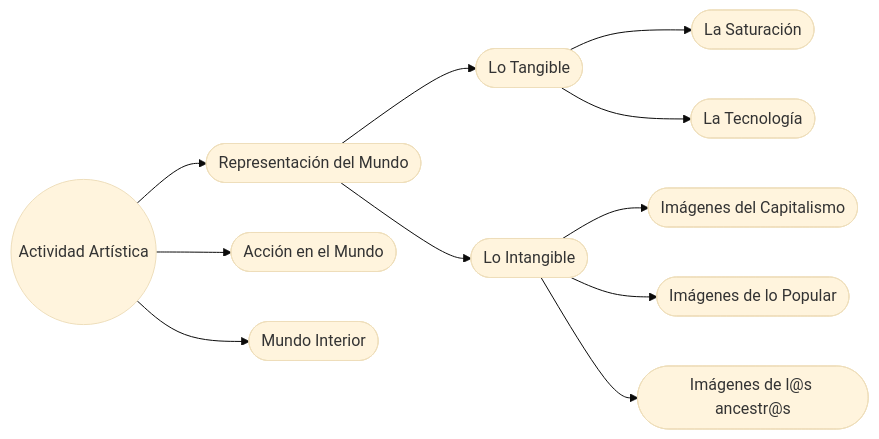
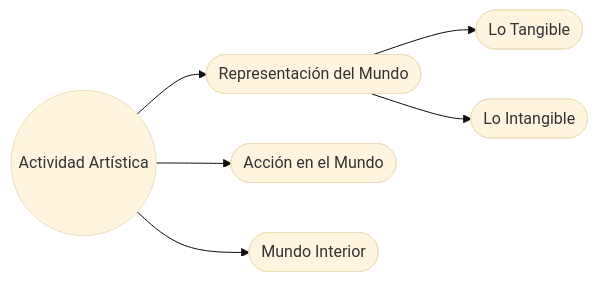
The first of 3 diagrams in ES/mundo-exterior.md (EGGS-Artesvisuales/EGGS-Artesvisuales.github.io), drawn with Mermaid (base theme) before and after one commit. The commit also changed other lines of this file, not shown here.

```diff
--- a/ES/mundo-exterior.md
+++ b/ES/mundo-exterior.md
@@ -32,35 +16,21 @@
 <div class="mermaid">
 flowchart LR
-    principal((Actividad Artística))
-    representacion([Representación del Mundo])
-    accion([Acción en el Mundo])
-    interior([Mundo Interior])
+  principal((Actividad Artística))
+  representacion(["Representación del Mundo"])
+  accion(["Acción en el Mundo"])
+  interior(["Mundo Interior"])
 
-    principal --> representacion
-    principal --> accion
-    principal --> interior
+  principal --> representacion
+  principal --> accion
+  principal --> interior
 
-    representacion --> tangible([Lo Tangible])
-    representacion --> intangible([Lo Intangible])
+  representacion --> tangible(["Lo Tangible"])
+  representacion --> intangible(["Lo Intangible"])
 
-    tangible --> saturacion([La Saturación])
-    tangible --> tecnologia([La Tecnología])
-
-    intangible --> capitalismo([Imágenes del Capitalismo])
-    intangible --> popular([Imágenes de lo Popular])
-    intangible --> ancestrales([Imágenes de l@s ancestr@s])
-
-    click principal "/ES/index.html" "Ir al Inicio"
-    click representacion "/ES/mundo-exterior.html" "Ir a Representación del Mundo"
-    click tangible "/ES/tangible.html" "Ir a Lo Tangible"
-    click intangible "/ES/intangible.html" "Ir a Lo Intangible"
-
-    click accion "/ES/accion.html" "Ir a Acción en el Mundo"
-    click interior "/ES/interior.html" "Ir a Mundo Interior"
-
-    click saturacion "/ES/saturacion.html" "Ir a La Saturación"
-    click tecnologia "/ES/en-construccion.html" "Ir a La Tecnología"
-    click capitalismo "/ES/imagenes-capitalismo.html" "Ir a Imágenes del Capitalismo"
-    click popular "/ES/imagenes-popular.html" "Ir a Imágenes de lo Popular"
-    click ancestrales "/ES/imagenes-ancestros.html" "Ir a Imágenes de l@s ancestr@s"
+  click principal "/ES/index.html" "Ir al Inicio"
+  click representacion "/ES/mundo-exterior.html" "Ir a Representación del Mundo"
+  click tangible "/ES/tangible.html" "Ir a Lo Tangible"
+  click intangible "/ES/intangible.html" "Ir a Lo Intangible"
+  click accion "/ES/accion.html" "Ir a Acción en el Mundo"
+  click interior "/ES/interior.html" "Ir a Mundo Interior"
 </div>
```
